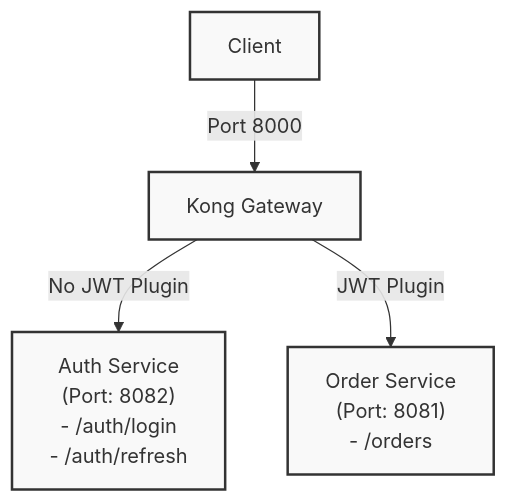
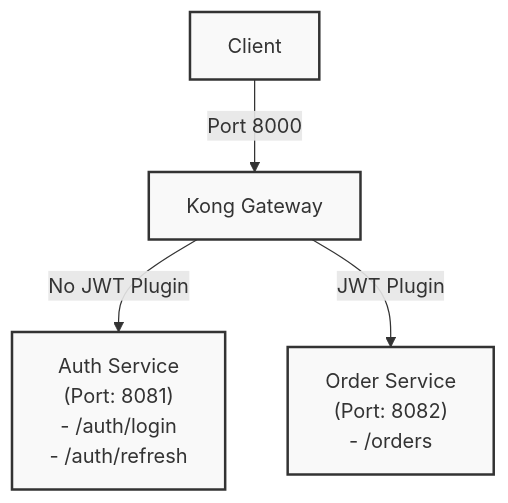
Before and after one commit to naratip-udx/kong-spring-boot: the diagram in README.md, drawn with Mermaid.

Commit message:
fix: Correct port assignments for Auth and Order services in architecture diagram

````diff
--- a/README.md
+++ b/README.md
@@ -7,18 +7,18 @@
 ```mermaid
 graph TD
   Client[Client]
   Kong[Kong Gateway]
   
-  Auth["Auth Service<br>(Port: 8082)<br>- /auth/login<br>- /auth/refresh"]
-  Order["Order Service<br>(Port: 8081)<br>- /orders"]
+  Auth["Auth Service<br>(Port: 8081)<br>- /auth/login<br>- /auth/refresh"]
+  Order["Order Service<br>(Port: 8082)<br>- /orders"]
 
   Client -->|Port 8000| Kong
   
   Kong -->|No JWT Plugin| Auth
   Kong -->|JWT Plugin| Order
 
   style Client fill:#f9f9f9,stroke:#333,stroke-width:2px
   style Kong fill:#f9f9f9,stroke:#333,stroke-width:2px
   style Auth fill:#f9f9f9,stroke:#333,stroke-width:2px
   style Order fill:#f9f9f9,stroke:#333,stroke-width:2px
 ```
````
